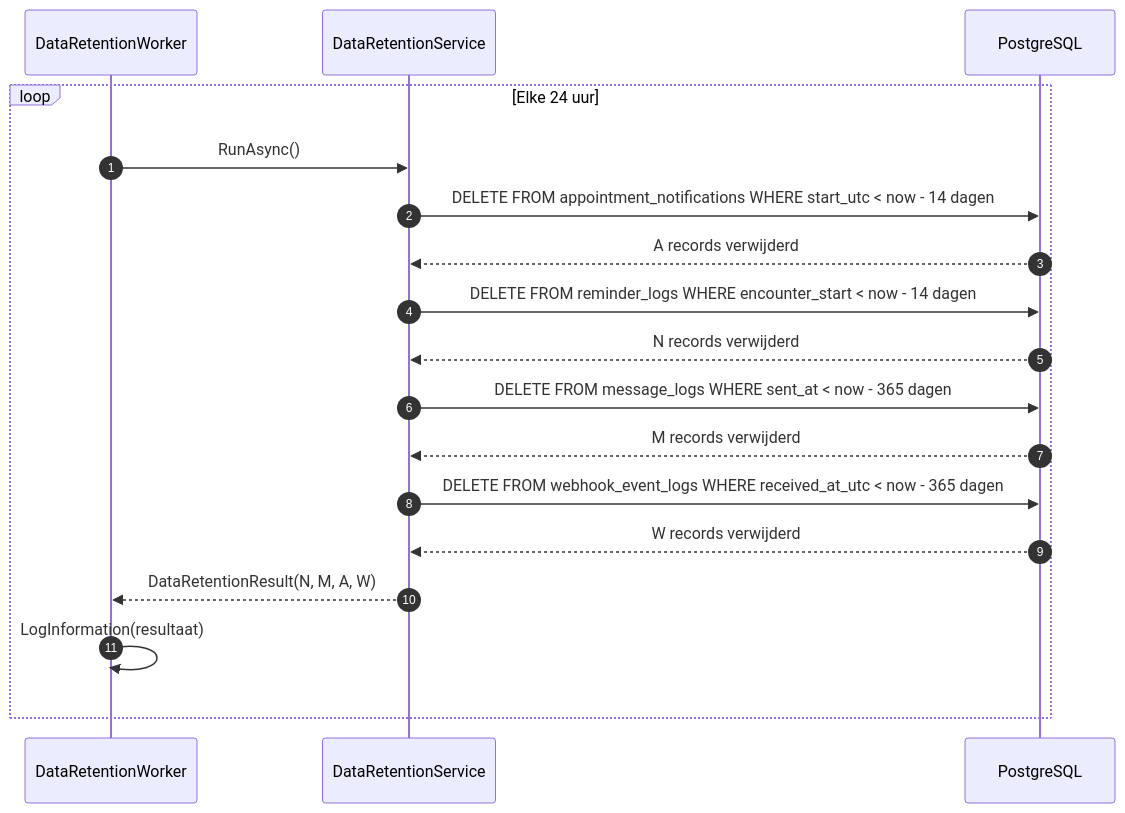
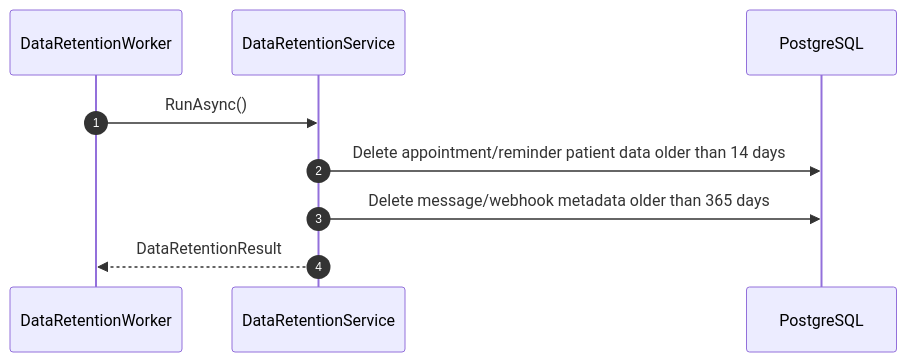
Before and after one commit to Rishyansyal/OpenMRSmoduleBackend: the fourth of 4 diagrams in docs/c4/04-reminder-process.md, drawn with Mermaid. The commit also changed other lines of this file and 160 other files, not shown here.

````diff
--- a/docs/c4/04-reminder-process.md
+++ b/docs/c4/04-reminder-process.md
@@ -80,21 +74,12 @@
 ```mermaid
 sequenceDiagram
     autonumber
     participant W as DataRetentionWorker
     participant S as DataRetentionService
     participant DB as PostgreSQL
 
-    loop Elke 24 uur
-        W->>S: RunAsync()
-        S->>DB: DELETE FROM appointment_notifications WHERE start_utc < now - 14 dagen
-        DB-->>S: A records verwijderd
-        S->>DB: DELETE FROM reminder_logs WHERE encounter_start < now - 14 dagen
-        DB-->>S: N records verwijderd
-        S->>DB: DELETE FROM message_logs WHERE sent_at < now - 365 dagen
-        DB-->>S: M records verwijderd
-        S->>DB: DELETE FROM webhook_event_logs WHERE received_at_utc < now - 365 dagen
-        DB-->>S: W records verwijderd
-        S-->>W: DataRetentionResult(N, M, A, W)
-        W->>W: LogInformation(resultaat)
-    end
+    W->>S: RunAsync()
+    S->>DB: Delete appointment/reminder patient data older than 14 days
+    S->>DB: Delete message/webhook metadata older than 365 days
+    S-->>W: DataRetentionResult
 ```
````
